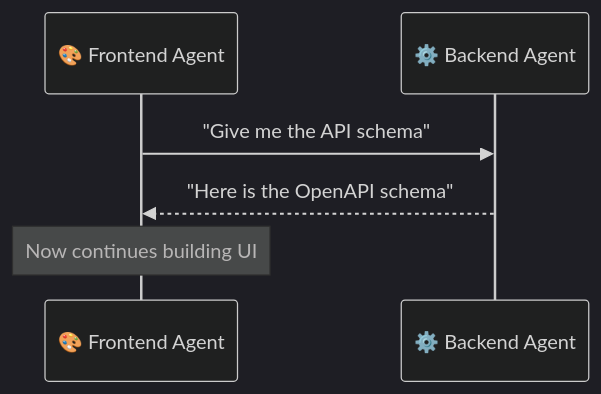
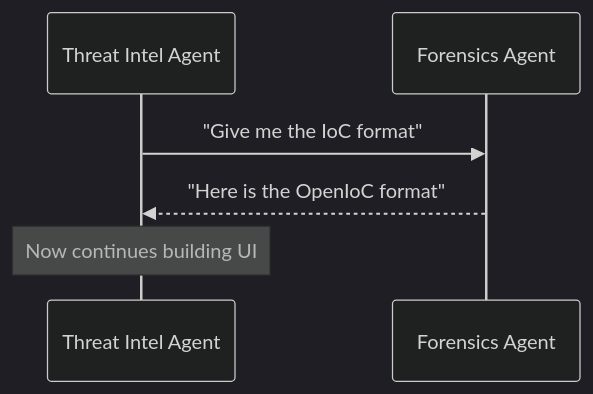
One commit to Sujalkathait/-AI-Agent-Security-Playbook. changed diagram 17 of 53 in AI Agent Communication.md. Above: the diagram before and after it, drawn with Mermaid (dark theme). The commit also changed other lines of this file and 2 other files, not shown here.

````diff
--- a/AI Agent Communication.md
+++ b/AI Agent Communication.md
@@ -521,9 +521,9 @@
 ```mermaid
 sequenceDiagram
-    participant Frontend as 🎨 Frontend Agent
-    participant Backend as ⚙️ Backend Agent
+  participant Frontend as Threat Intel Agent
+  participant Backend as Forensics Agent
 
-    Frontend->>Backend: "Give me the API schema"
-    Backend-->>Frontend: "Here is the OpenAPI schema"
-    Note over Frontend: Now continues building UI
+  Frontend->>Backend: "Give me the IoC format"
+  Backend-->>Frontend: "Here is the OpenIoC format"
+  Note over Frontend: Now continues building UI
 ```
````
